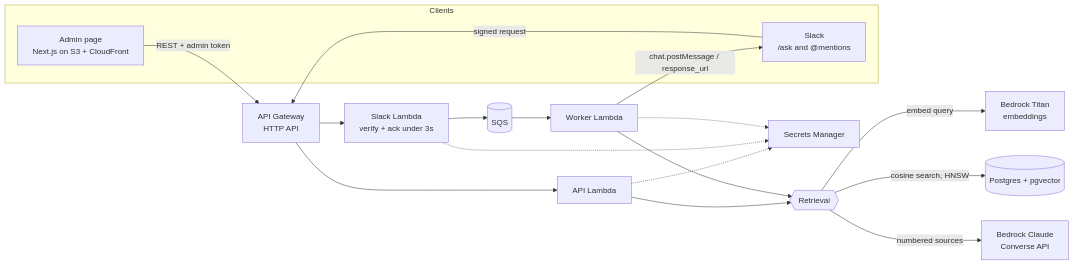
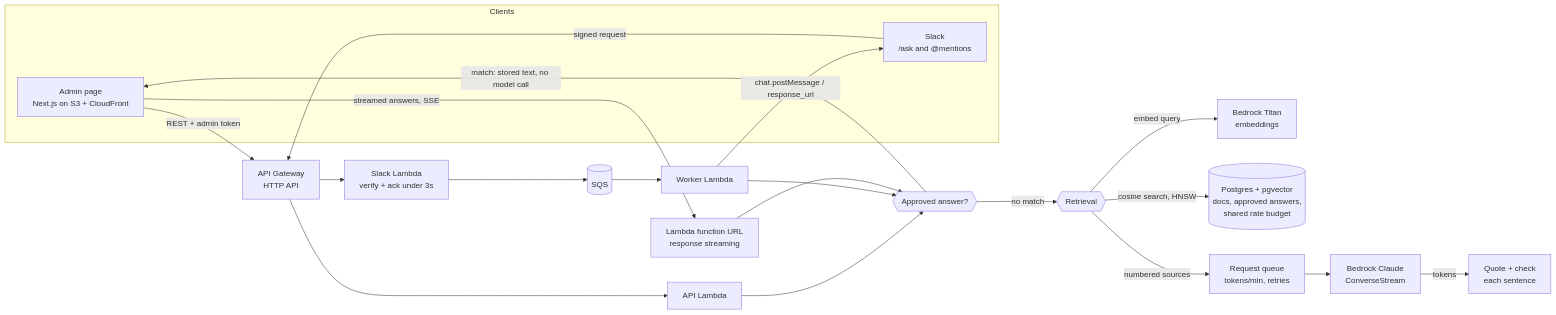
Before and after one commit to evannawfal/ticketwise: the diagram in README.md, drawn with Mermaid. The commit also changed other lines of this file and 4 other files, not shown here.

First line of the commit message:
README: quotes, approved answers, the request queue and the eval gate

````diff
--- a/README.md
+++ b/README.md
@@ -21,19 +23,23 @@
 ```mermaid
 flowchart LR
     subgraph Clients
       A[Admin page<br/>Next.js on S3 + CloudFront]
       S[Slack<br/>/ask and @mentions]
     end
     A -->|REST + admin token| G[API Gateway<br/>HTTP API]
+    A -->|streamed answers, SSE| U[Lambda function URL<br/>response streaming]
     S -->|signed request| G
     G --> L1[API Lambda]
     G --> L2[Slack Lambda<br/>verify + ack under 3s]
     L2 --> Q[(SQS)]
     Q --> L3[Worker Lambda]
     L3 -->|chat.postMessage / response_url| S
-    L1 & L3 --> R{{Retrieval}}
+    L1 & L3 & U --> AP{{Approved answer?}}
+    AP -->|match: stored text, no model call| A
+    AP -->|no match| R{{Retrieval}}
     R -->|embed query| B1[Bedrock Titan<br/>embeddings]
-    R -->|cosine search, HNSW| P[(Postgres + pgvector)]
-    R -->|numbered sources| B2[Bedrock Claude<br/>Converse API]
-    L1 & L2 & L3 -.-> SM[Secrets Manager]
+    R -->|cosine search, HNSW| P[(Postgres + pgvector<br/>docs, approved answers,<br/>shared rate budget)]
+    R -->|numbered sources| RQ[Request queue<br/>tokens/min, retries]
+    RQ --> B2[Bedrock Claude<br/>ConverseStream]
+    B2 -->|tokens| QT[Quote + check<br/>each sentence]
 ```
````
